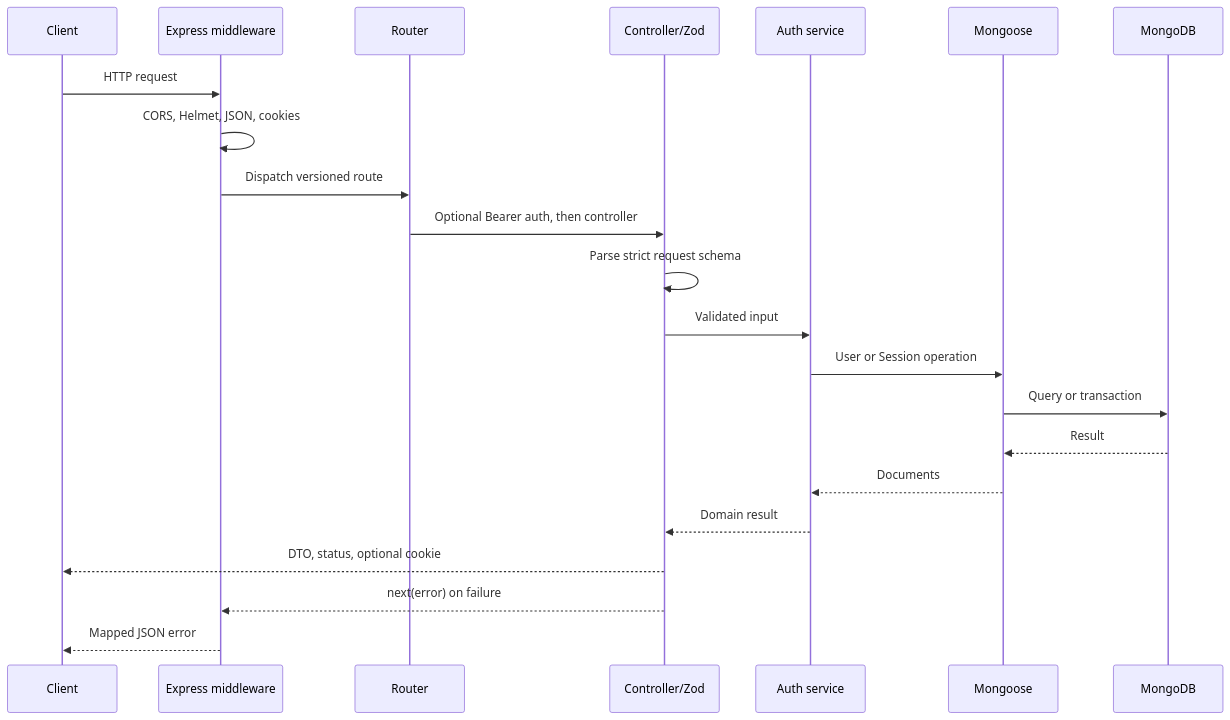
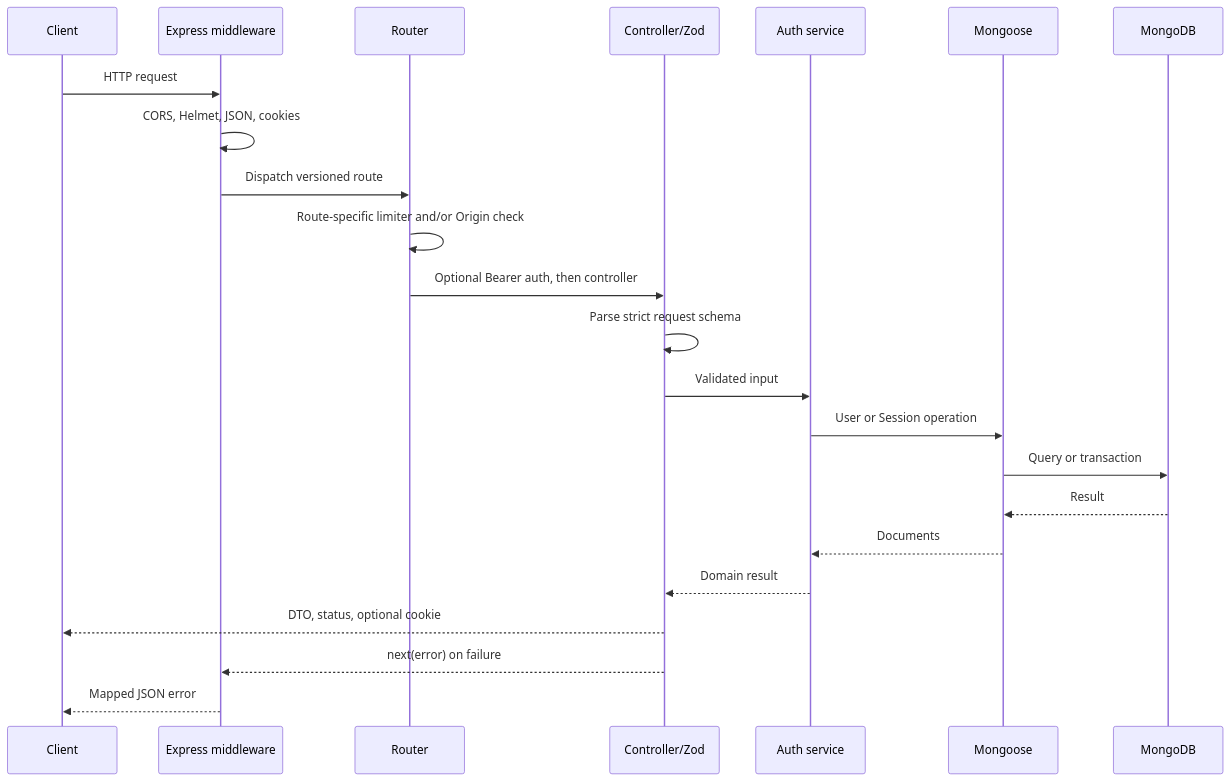
One commit to Krish-CyberSec/TeamSync changed the second of 4 diagrams in docs/05_SYSTEM_ARCHITECTURE.md. Above: the diagram before and after it, drawn with Mermaid. The commit also changed other lines of this file and 14 other files, not shown here.

````diff
--- a/docs/05_SYSTEM_ARCHITECTURE.md
+++ b/docs/05_SYSTEM_ARCHITECTURE.md
@@ -102,24 +108,25 @@
 ```mermaid
 sequenceDiagram
   participant C as Client
   participant E as Express middleware
   participant R as Router
   participant V as Controller/Zod
   participant S as Auth service
   participant M as Mongoose
   participant D as MongoDB
   C->>E: HTTP request
   E->>E: CORS, Helmet, JSON, cookies
   E->>R: Dispatch versioned route
+  R->>R: Route-specific limiter and/or Origin check
   R->>V: Optional Bearer auth, then controller
   V->>V: Parse strict request schema
   V->>S: Validated input
   S->>M: User or Session operation
   M->>D: Query or transaction
   D-->>M: Result
   M-->>S: Documents
   S-->>V: Domain result
   V-->>C: DTO, status, optional cookie
   V-->>E: next(error) on failure
   E-->>C: Mapped JSON error
 ```
````
